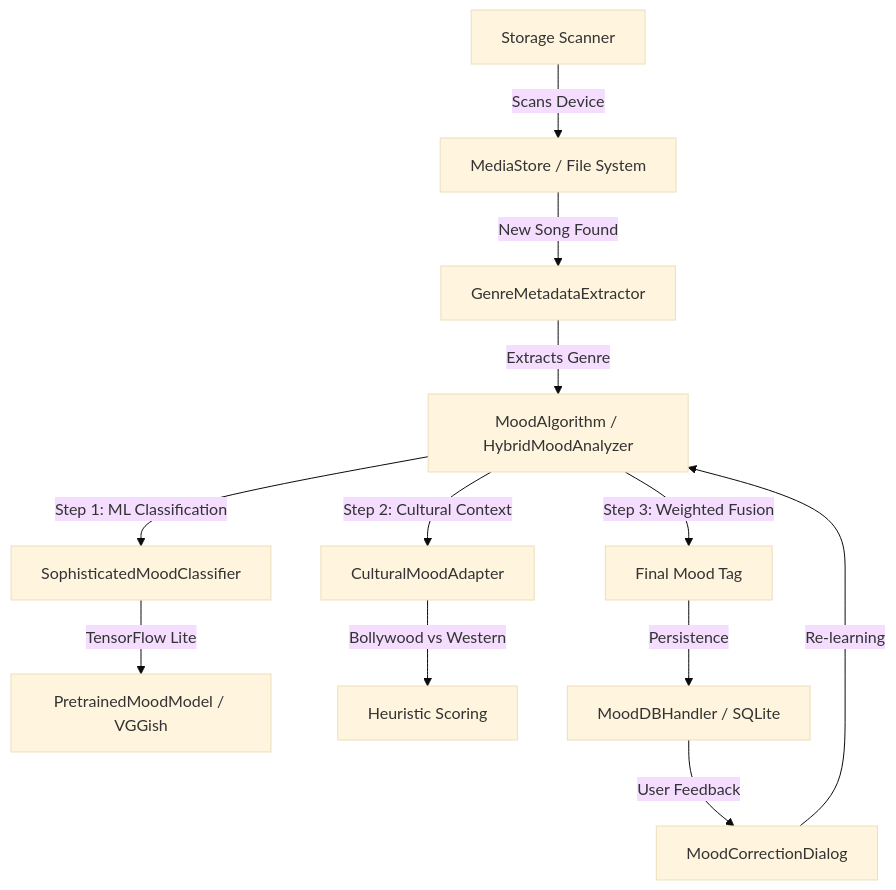
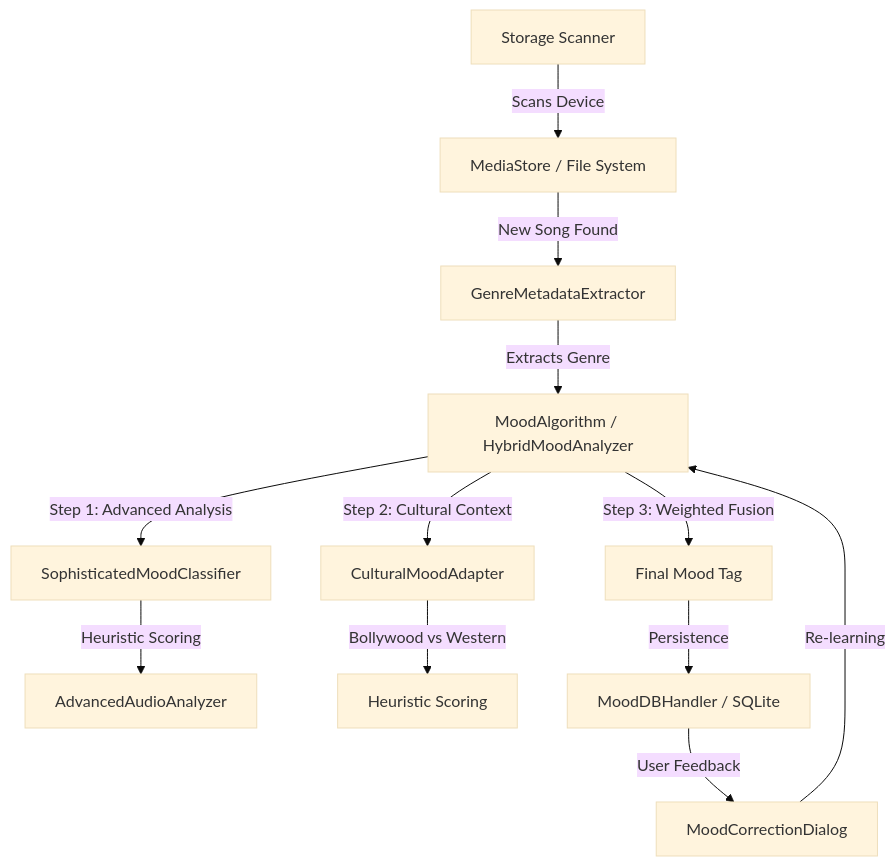
The diagram in README.md (yashmehta04/MADProject), drawn with Mermaid (base theme) before and after one commit. The commit also changed other lines of this file and 20 other files, not shown here.

````diff
--- a/README.md
+++ b/README.md
@@ -484,14 +484,14 @@
 ```mermaid
 graph TD
     A[Storage Scanner] -->|Scans Device| B[MediaStore / File System]
     B -->|New Song Found| C[GenreMetadataExtractor]
     C -->|Extracts Genre| D[MoodAlgorithm / HybridMoodAnalyzer]
-    D -->|Step 1: ML Classification| E[SophisticatedMoodClassifier]
-    E -->|TensorFlow Lite| F[PretrainedMoodModel / VGGish]
+    D -->|Step 1: Advanced Analysis| E[SophisticatedMoodClassifier]
+    E -->|Heuristic Scoring| F[AdvancedAudioAnalyzer]
     D -->|Step 2: Cultural Context| G[CulturalMoodAdapter]
     G -->|Bollywood vs Western| H[Heuristic Scoring]
     D -->|Step 3: Weighted Fusion| I[Final Mood Tag]
     I -->|Persistence| J[MoodDBHandler / SQLite]
     J -->|User Feedback| K[MoodCorrectionDialog]
     K -->|Re-learning| D
 ```
````
